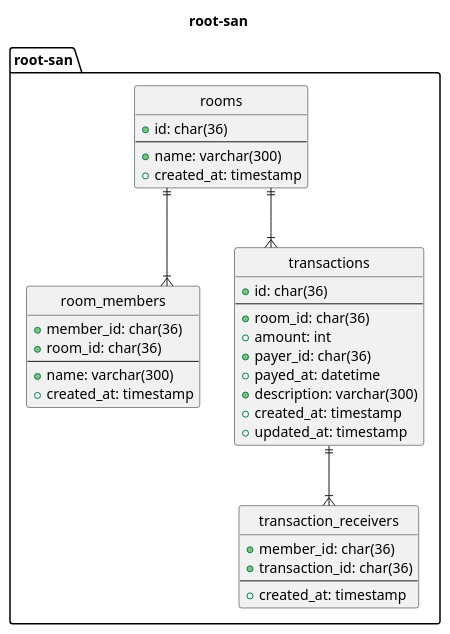
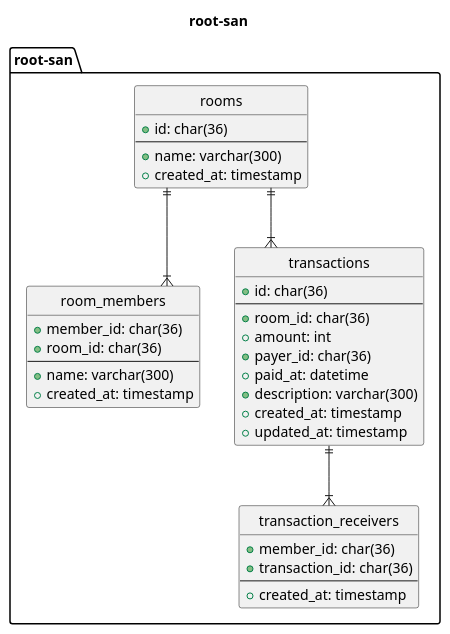
One commit to root-san/root-san changed the diagram in docs/erd.puml. Above: the diagram before and after it, drawn with PlantUML. The commit also changed 2 other files, not shown here.

```diff
--- a/docs/erd.puml
+++ b/docs/erd.puml
@@ -1,51 +1,51 @@
 @startuml
 
 ' hide the spot
 hide circle
 
 ' avoid problems with angled crows feet
 skinparam linetype ortho
 
 title root-san
 
 package "root-san" as root_san {
     entity "rooms" as rooms {
         + id: char(36)
         --
         + name: varchar(300)
         + created_at: timestamp
     }
 
     entity "room_members" as room_members {
         + member_id: char(36)
         + room_id: char(36)
         --
         + name: varchar(300)
         + created_at: timestamp
     }
 
     entity "transactions" as transactions {
         + id: char(36)
         --
         + room_id: char(36)
         + amount: int
         + payer_id: char(36)
-        + payed_at: datetime
+        + paid_at: datetime
         + description: varchar(300)
         + created_at: timestamp
         + updated_at: timestamp
     }
 
     entity "transaction_receivers" as transaction_receivers {
         + member_id: char(36)
         + transaction_id: char(36)
         --
         + created_at: timestamp
     }
 }
 
 rooms ||--|{ room_members
 rooms ||--|{ transactions
 transactions ||--|{ transaction_receivers
 
 @enduml
```
